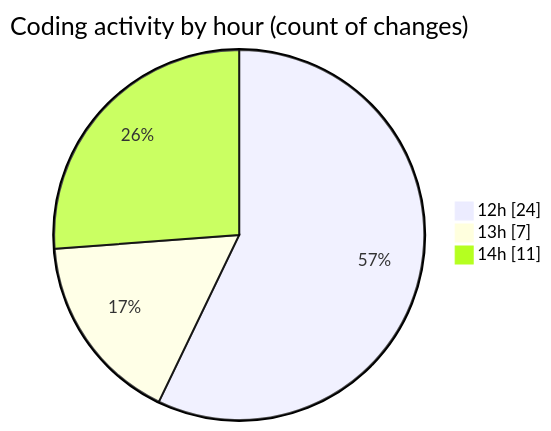
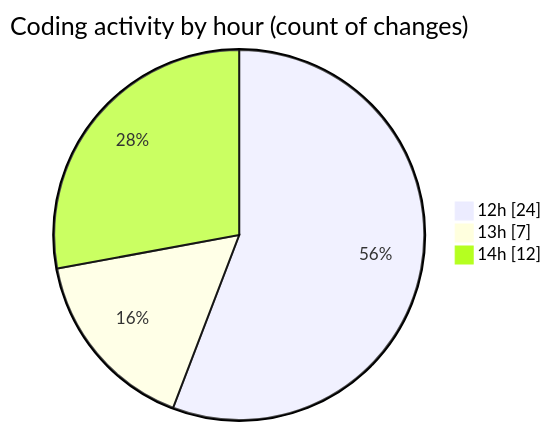
One commit to lephambinh05/code-tracking changed the second of 2 diagrams in 2025-08-25/quytuthien_vn/README.md. Above: the diagram before and after it, drawn with Mermaid. The commit also changed other lines of this file and 1 other file, not shown here.

````diff
--- a/2025-08-25/quytuthien_vn/README.md
+++ b/2025-08-25/quytuthien_vn/README.md
@@ -46,7 +46,7 @@
 ```mermaid
 pie showData
 title Coding activity by hour (count of changes)
 "12h" : 24
 "13h" : 7
-"14h" : 11
+"14h" : 12
 ```
````
